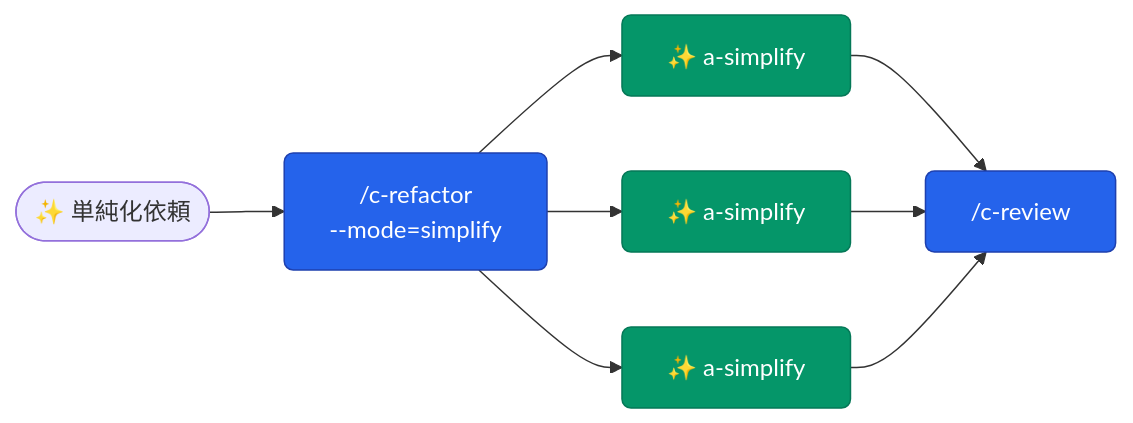
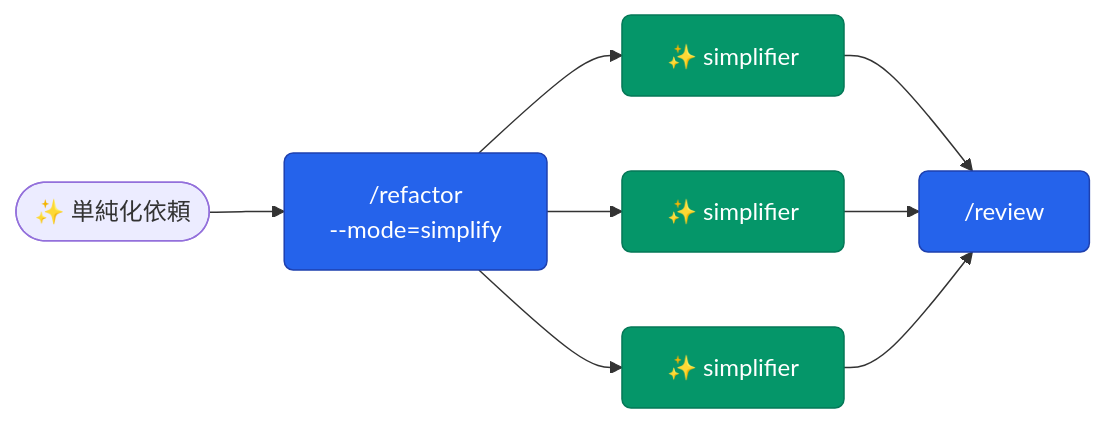
Before and after one commit to aokumablue/claq: the fourth of 12 diagrams in plugins/deepblue/README.md, drawn with Mermaid. The commit also changed other lines of this file and 125 other files, not shown here.

````diff
--- a/plugins/deepblue/README.md
+++ b/plugins/deepblue/README.md
@@ -121,11 +121,11 @@
 ```mermaid
 flowchart LR
   classDef cmd    fill:#2563eb,stroke:#1e40af,color:#fff,rx:6
   classDef agent  fill:#059669,stroke:#047857,color:#fff,rx:6
 
-  U(["✨ 単純化依頼"]) --> CREF["/c-refactor\n--mode=simplify"]:::cmd
-  CREF --> AS1["✨ a-simplify"]:::agent
-  CREF --> AS2["✨ a-simplify"]:::agent
-  CREF --> AS3["✨ a-simplify"]:::agent
-  AS1 & AS2 & AS3 --> CR["/c-review"]:::cmd
+  U(["✨ 単純化依頼"]) --> CREF["/refactor\n--mode=simplify"]:::cmd
+  CREF --> AS1["✨ simplifier"]:::agent
+  CREF --> AS2["✨ simplifier"]:::agent
+  CREF --> AS3["✨ simplifier"]:::agent
+  AS1 & AS2 & AS3 --> CR["/review"]:::cmd
 ```
````
